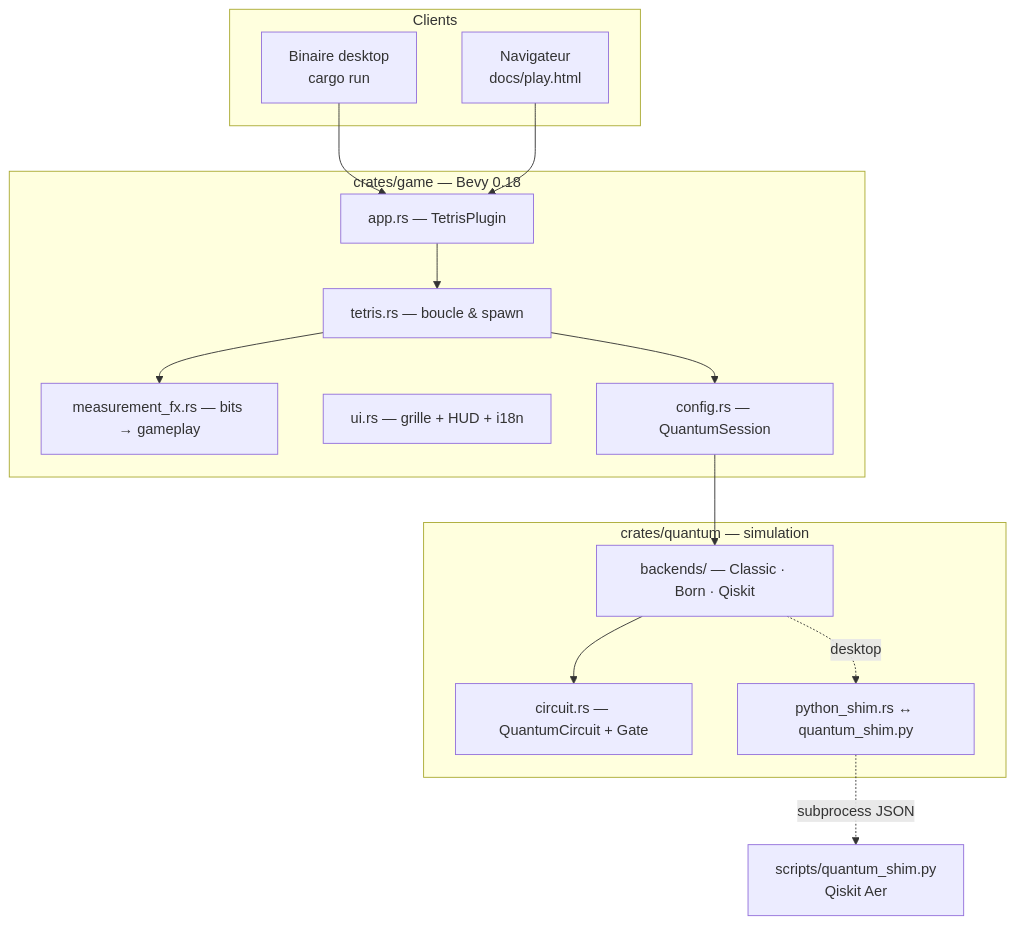
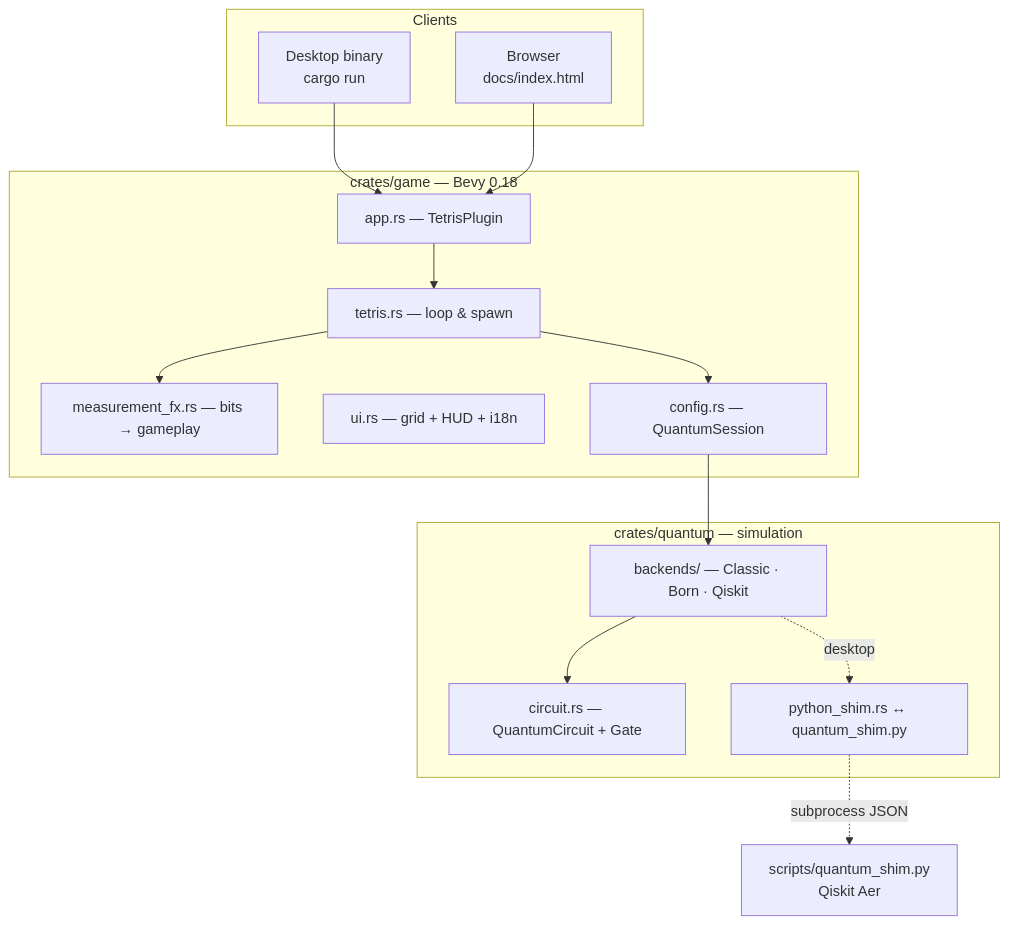
The first of 2 diagrams in README.md (thepriben/quantum-tetris), drawn with Mermaid before and after one commit. The commit also changed other lines of this file and 11 other files, not shown here.

````diff
--- a/README.md
+++ b/README.md
@@ -15,31 +101,31 @@
 ```mermaid
 flowchart TB
   subgraph clients["Clients"]
-    DESK["Binaire desktop<br/>cargo run"]
-    WASM["Navigateur<br/>docs/play.html"]
+    DESK["Desktop binary<br/>cargo run"]
+    WASM["Browser<br/>docs/index.html"]
   end
 
   subgraph game["crates/game — Bevy 0.18"]
     APP["app.rs — TetrisPlugin"]
-    TET["tetris.rs — boucle & spawn"]
+    TET["tetris.rs — loop & spawn"]
     FX["measurement_fx.rs — bits → gameplay"]
-    UI["ui.rs — grille + HUD + i18n"]
+    UI["ui.rs — grid + HUD + i18n"]
     CFG["config.rs — QuantumSession"]
   end
 
   subgraph quantum["crates/quantum — simulation"]
     IR["circuit.rs — QuantumCircuit + Gate"]
     BE["backends/ — Classic · Born · Qiskit"]
     SHIM["python_shim.rs ↔ quantum_shim.py"]
   end
 
   DESK --> APP
   WASM --> APP
   APP --> TET
   TET --> FX
   TET --> CFG
   CFG --> BE
   BE --> IR
   BE -.->|desktop| SHIM
   SHIM -.->|subprocess JSON| PY["scripts/quantum_shim.py<br/>Qiskit Aer"]
 ```
````
